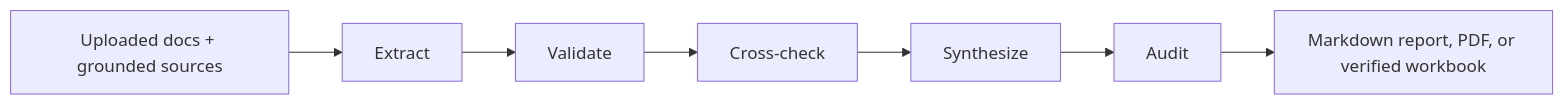
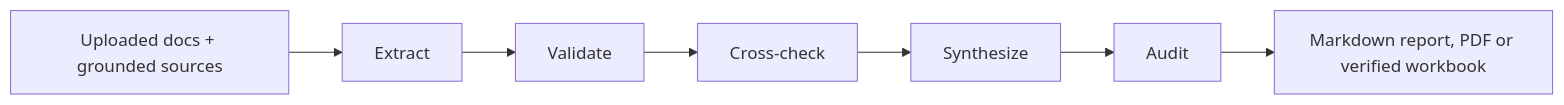
The second of 9 diagrams in Aselius Platform Documentations/aselius-workspace.md (Beunec/beunec-site-staging), drawn with Mermaid before and after one commit. The commit also changed other lines of this file and 99 other files, not shown here.

````diff
--- a/Aselius Platform Documentations/aselius-workspace.md
+++ b/Aselius Platform Documentations/aselius-workspace.md
@@ -184,5 +93,5 @@
 ```mermaid
 flowchart LR
     A["Uploaded docs + grounded sources"] --> B["Extract"] --> C["Validate"] --> D["Cross-check"] --> E["Synthesize"] --> F["Audit"]
-    F --> G["Markdown report, PDF, or verified workbook"]
+    F --> G["Markdown report, PDF or verified workbook"]
 ```
````
